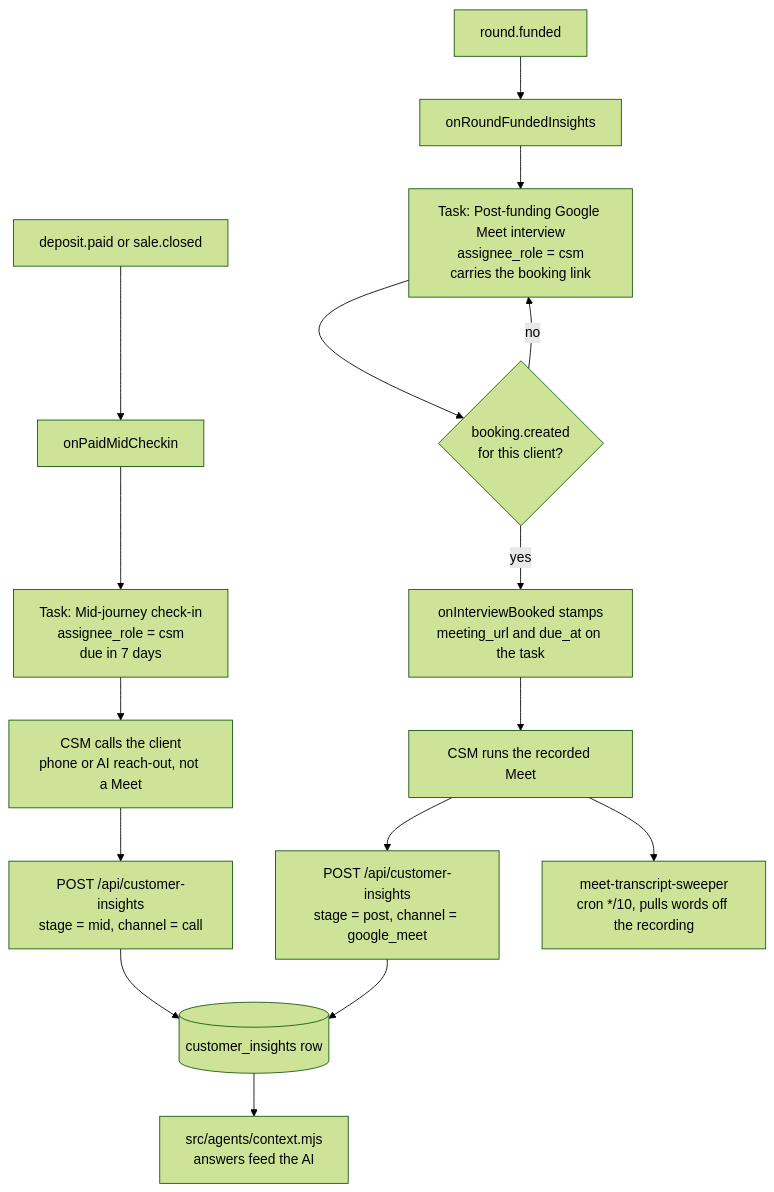
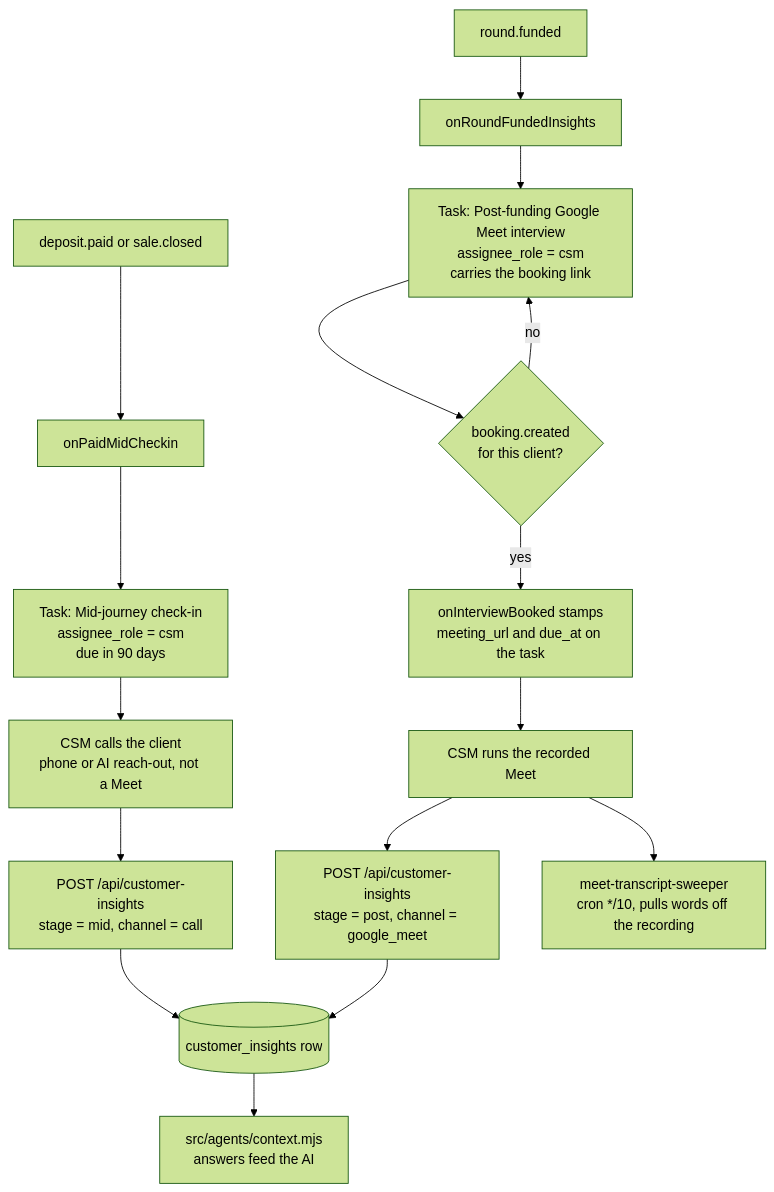
The first of 3 diagrams in docs/journeys/role-csm-actual.md (ZootimusMaximusSupreme/Fundhub_ai), drawn with Mermaid (forest theme) before and after one commit. The commit also changed other lines of this file and 2 other files, not shown here.

````diff
--- a/docs/journeys/role-csm-actual.md
+++ b/docs/journeys/role-csm-actual.md
@@ -18,20 +18,20 @@
 ```mermaid
 flowchart TD
     A[deposit.paid or sale.closed] --> B[onPaidMidCheckin]
-    B --> C["Task: Mid-journey check-in<br/>assignee_role = csm<br/>due in 7 days"]
+    B --> C["Task: Mid-journey check-in<br/>assignee_role = csm<br/>due in 90 days"]
     C --> D[CSM calls the client<br/>phone or AI reach-out, not a Meet]
 
     E[round.funded] --> F[onRoundFundedInsights]
     F --> G["Task: Post-funding Google Meet interview<br/>assignee_role = csm<br/>carries the booking link"]
     G --> H{booking.created<br/>for this client?}
     H -->|yes| I[onInterviewBooked stamps<br/>meeting_url and due_at on the task]
     H -->|no| G
     I --> J[CSM runs the recorded Meet]
 
     D --> K["POST /api/customer-insights<br/>stage = mid, channel = call"]
     J --> L["POST /api/customer-insights<br/>stage = post, channel = google_meet"]
     K --> M[(customer_insights row)]
     L --> M
     M --> N[src/agents/context.mjs<br/>answers feed the AI]
     J --> O[meet-transcript-sweeper<br/>cron */10, pulls words off the recording]
 ```
````
